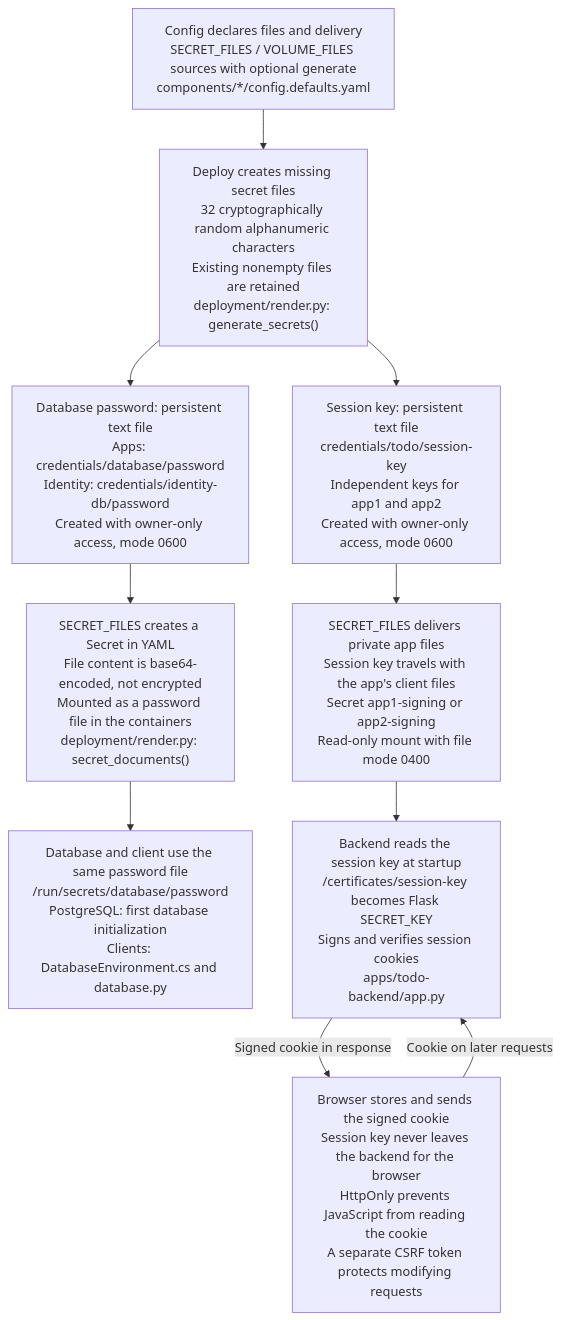
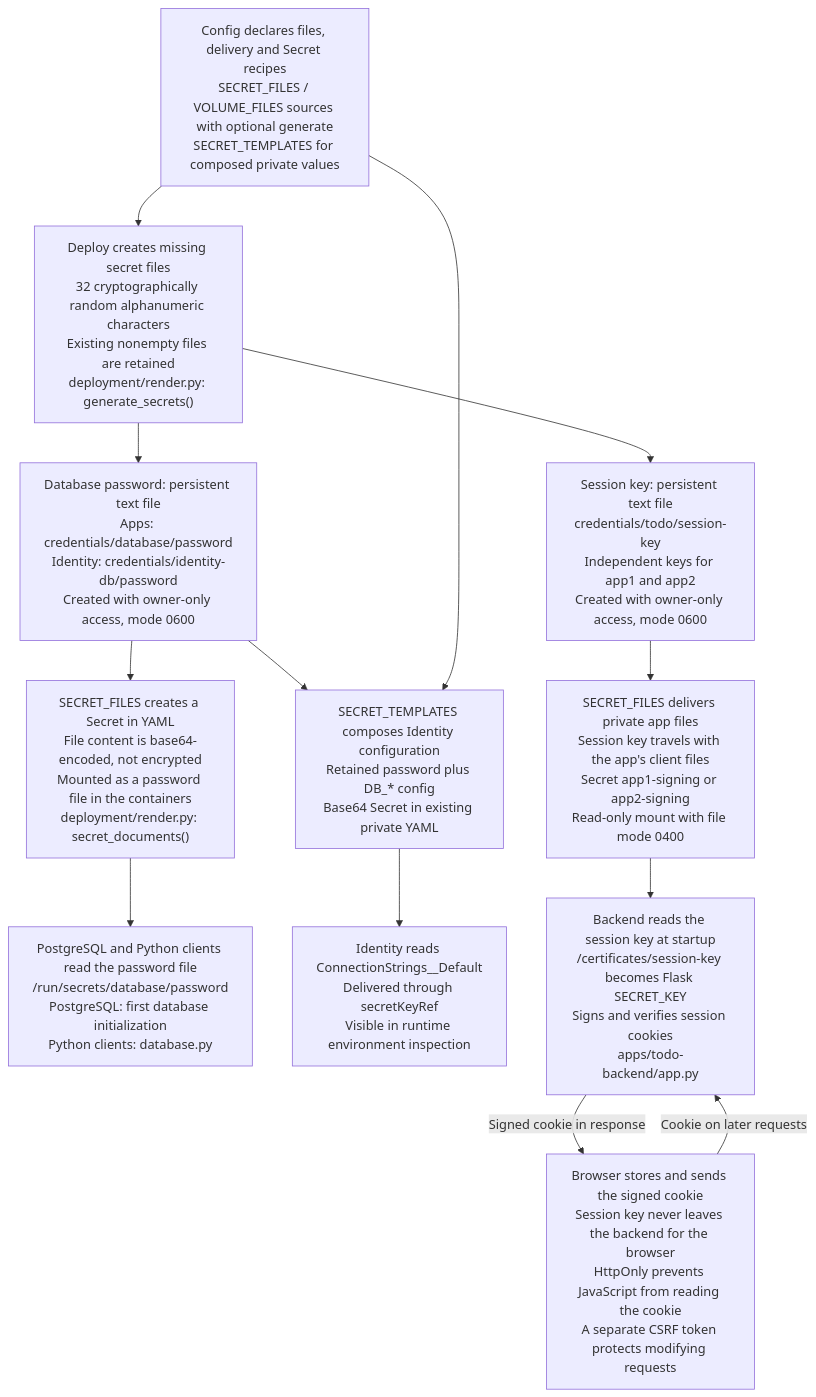
One commit to gunstein/podman_offline changed the second of 3 diagrams in README.md. Above: the diagram before and after it, drawn with Mermaid. The commit also changed other lines of this file and 32 other files, not shown here.

Commit message:
Add declarative Secret templates and Identity connection delivery

````diff
--- a/README.md
+++ b/README.md
@@ -565,54 +578,64 @@
 ```mermaid
 flowchart TD
-    CONFIG["`Config declares files and delivery
+    CONFIG["`Config declares files, delivery and Secret recipes
     SECRET_FILES / VOLUME_FILES sources with optional generate
-    components/*/config.defaults.yaml`"]
+    SECRET_TEMPLATES for composed private values`"]
 
     GENERATE["`Deploy creates missing secret files
     32 cryptographically random alphanumeric characters
     Existing nonempty files are retained
     deployment/render.py: generate_secrets()`"]
 
     DBFILE["`Database password: persistent text file
     Apps: credentials/database/password
     Identity: credentials/identity-db/password
     Created with owner-only access, mode 0600`"]
 
     SESSIONFILE["`Session key: persistent text file
     credentials/todo/session-key
     Independent keys for app1 and app2
     Created with owner-only access, mode 0600`"]
 
     SECRET["`SECRET_FILES creates a Secret in YAML
     File content is base64-encoded, not encrypted
     Mounted as a password file in the containers
     deployment/render.py: secret_documents()`"]
 
     APPSECRET["`SECRET_FILES delivers private app files
     Session key travels with the app's client files
     Secret app1-signing or app2-signing
     Read-only mount with file mode 0400`"]
 
-    DATABASE["`Database and client use the same password file
+    DATABASE["`PostgreSQL and Python clients read the password file
     /run/secrets/database/password
     PostgreSQL: first database initialization
-    Clients: DatabaseEnvironment.cs and database.py`"]
+    Python clients: database.py`"]
+
+    TEMPLATE["`SECRET_TEMPLATES composes Identity configuration
+    Retained password plus DB_* config
+    Base64 Secret in existing private YAML`"]
+
+    IDENTITY["`Identity reads ConnectionStrings__Default
+    Delivered through secretKeyRef
+    Visible in runtime environment inspection`"]
 
     BACKEND["`Backend reads the session key at startup
     /certificates/session-key becomes Flask SECRET_KEY
     Signs and verifies session cookies
     apps/todo-backend/app.py`"]
 
     BROWSER["`Browser stores and sends the signed cookie
     Session key never leaves the backend for the browser
     HttpOnly prevents JavaScript from reading the cookie
     A separate CSRF token protects modifying requests`"]
 
     CONFIG --> GENERATE
     GENERATE --> DBFILE
     GENERATE --> SESSIONFILE
     DBFILE --> SECRET --> DATABASE
+    DBFILE --> TEMPLATE --> IDENTITY
+    CONFIG --> TEMPLATE
     SESSIONFILE --> APPSECRET --> BACKEND
     BACKEND -->|Signed cookie in response| BROWSER
     BROWSER -->|Cookie on later requests| BACKEND
 ```
````
